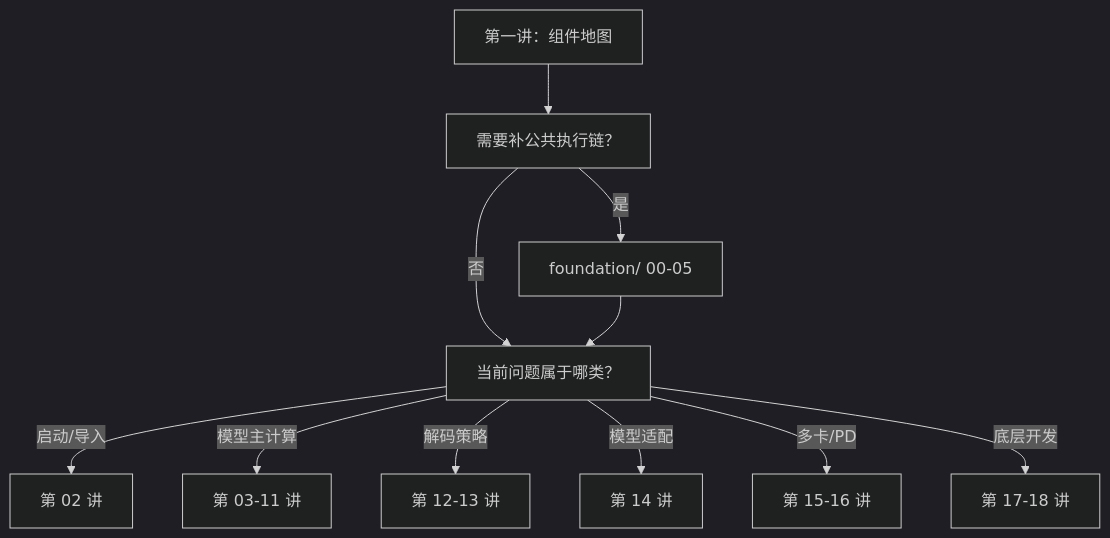
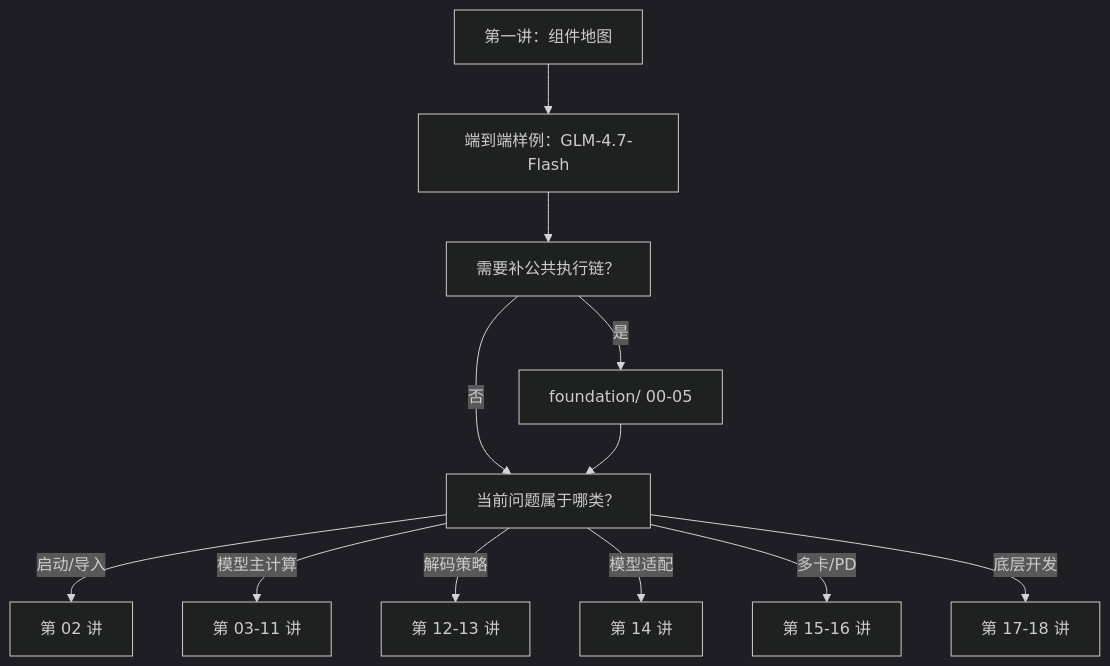
Before and after one commit to cl-vv-h/SGLang_Tutor: the fourth of 4 diagrams in learning/sglang-ascend-npu/source-code-walkthrough/01-sglang-npu-component-map.md, drawn with Mermaid (dark theme). The commit also changed other lines of this file and 3 other files, not shown here.

Commit message:
docs: add GLM-4.7-Flash NPU code walkthrough

````diff
--- a/learning/sglang-ascend-npu/source-code-walkthrough/01-sglang-npu-component-map.md
+++ b/learning/sglang-ascend-npu/source-code-walkthrough/01-sglang-npu-component-map.md
@@ -614,13 +614,14 @@
 ```mermaid
 flowchart TD
-  START["第一讲：组件地图"] --> BASE["需要补公共执行链？"]
+  START["第一讲：组件地图"] --> EXAMPLE["端到端样例：GLM-4.7-Flash"]
+  EXAMPLE --> BASE["需要补公共执行链？"]
   BASE -->|是| FOUNDATION["foundation/ 00-05"]
   BASE -->|否| KIND["当前问题属于哪类？"]
   FOUNDATION --> KIND
   KIND -->|启动/导入| L02["第 02 讲"]
   KIND -->|模型主计算| CORE["第 03-11 讲"]
   KIND -->|解码策略| DECODE["第 12-13 讲"]
   KIND -->|模型适配| MODEL["第 14 讲"]
   KIND -->|多卡/PD| DISTRIBUTED["第 15-16 讲"]
   KIND -->|底层开发| DEV["第 17-18 讲"]
 ```
````
